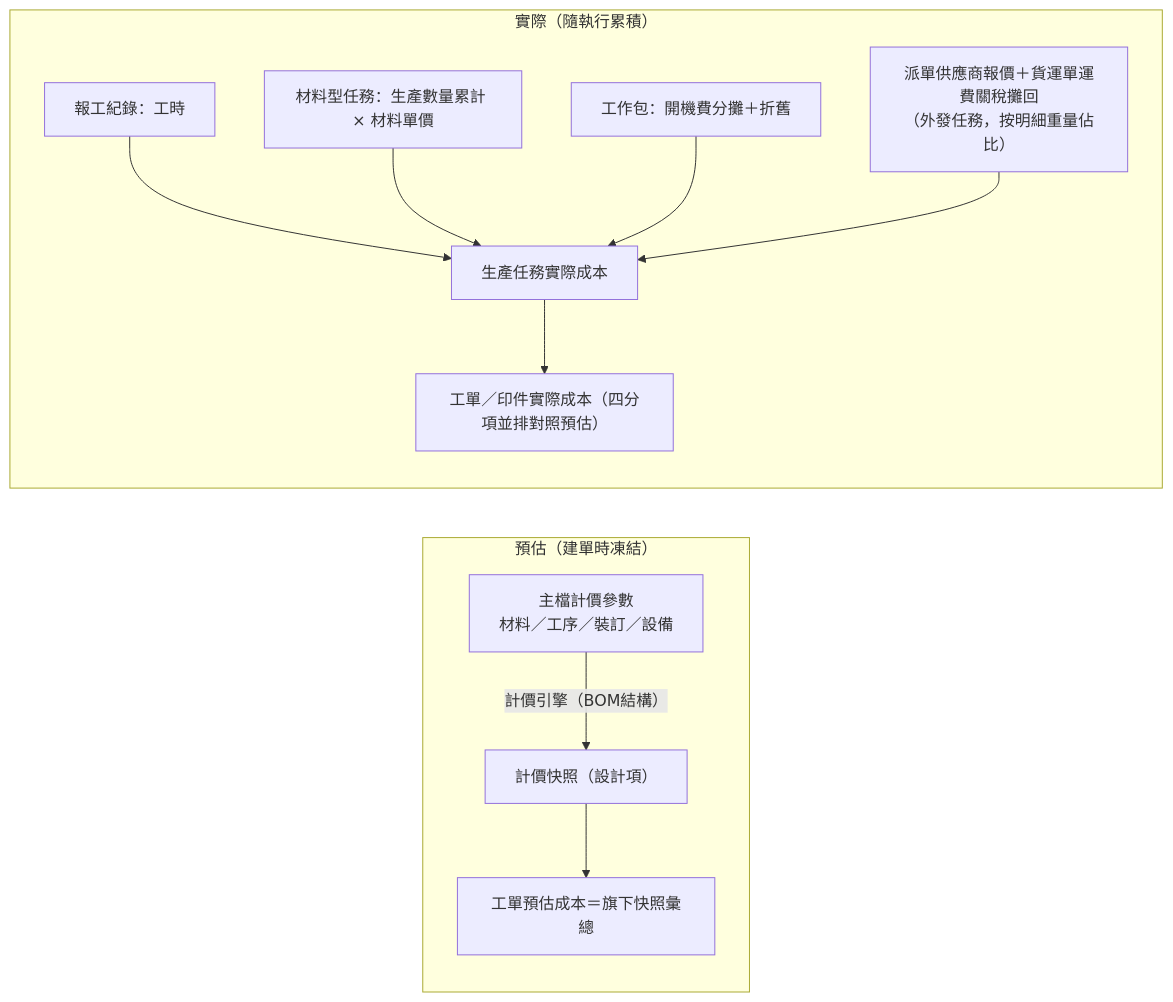
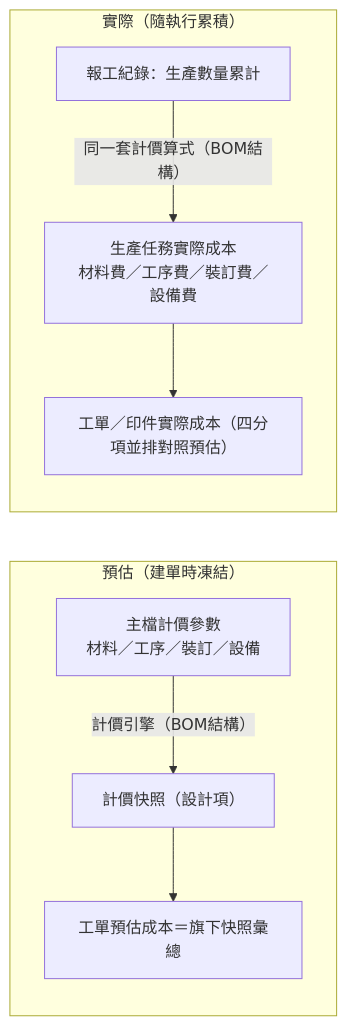
The fourth of 4 diagrams in memory/Sens_wiki/wiki/erp/05-entities/生產領域資料結構總覽.md (Kawato-Miles/erp-spec), drawn with Mermaid before and after one commit. The commit also changed other lines of this file and 31 other files, not shown here.

````diff
--- a/memory/Sens_wiki/wiki/erp/05-entities/生產領域資料結構總覽.md
+++ b/memory/Sens_wiki/wiki/erp/05-entities/生產領域資料結構總覽.md
@@ -105,14 +105,11 @@
 ```mermaid
 flowchart LR
     subgraph 預估["預估（建單時凍結）"]
         C1["主檔計價參數<br>材料／工序／裝訂／設備"] -->|"計價引擎（BOM結構）"| C2["計價快照（設計項）"]
         C2 --> C3["工單預估成本＝旗下快照彙總"]
     end
     subgraph 實際["實際（隨執行累積）"]
-        D1["報工紀錄：工時"] --> D5["生產任務實際成本"]
-        D2["材料型任務：生產數量累計 × 材料單價"] --> D5
-        D3["工作包：開機費分攤＋折舊"] --> D5
-        D4["派單供應商報價＋貨運單運費關稅攤回<br>（外發任務，按明細重量佔比）"] --> D5
+        D1["報工紀錄：生產數量累計"] -->|"同一套計價算式（BOM結構）"| D5["生產任務實際成本<br>材料費／工序費／裝訂費／設備費"]
         D5 --> D6["工單／印件實際成本（四分項並排對照預估）"]
     end
 ```
````
